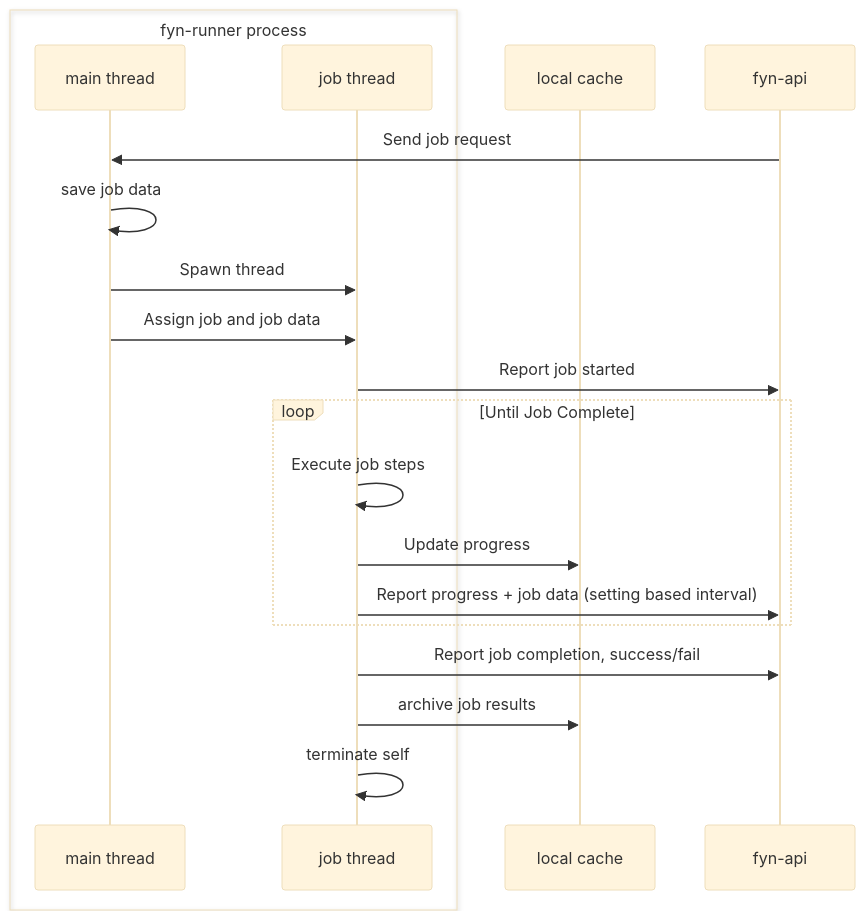
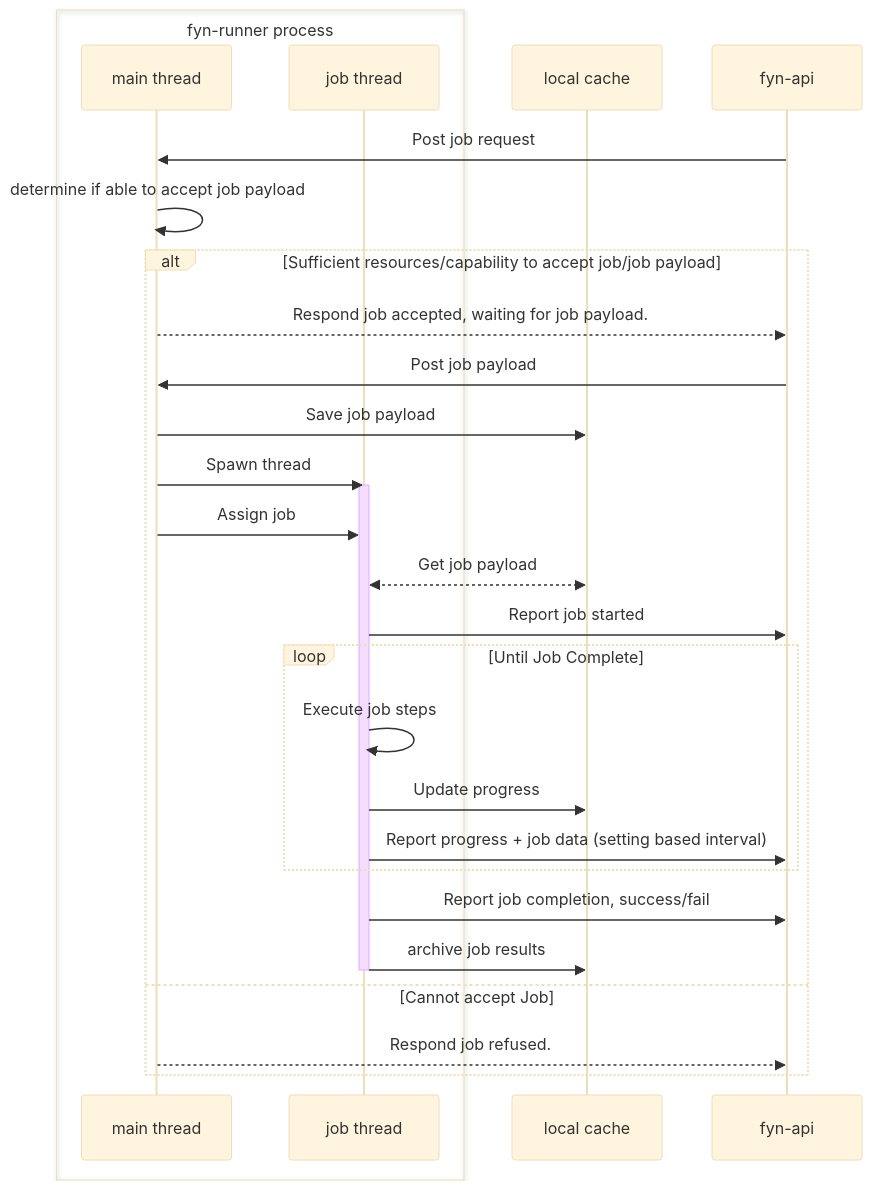
Before and after one commit to fyn-tech/fyn-runner: the fifth of 6 diagrams in docs/runner_events.md, drawn with Mermaid (base theme). The commit also changed other lines of this file, not shown here.

Commit message:
- basic event's mapped out.

````diff
--- a/docs/runner_events.md
+++ b/docs/runner_events.md
@@ -137,23 +139,33 @@
 ```mermaid
 sequenceDiagram
     box fyn-runner process
         participant main thread
         participant job thread
     end
     participant local cache
     participant fyn-api
 
-    fyn-api->>main thread: Send job request
-    main thread->>main thread: save job data
-    main thread->>job thread: Spawn thread
-    main thread->>job thread: Assign job and job data
-    job thread->>fyn-api: Report job started
-    loop Until Job Complete
-        job thread->>job thread: Execute job steps
-        job thread->>local cache: Update progress
-        job thread->>fyn-api: Report progress + job data (setting based interval)
-    end    
-    job thread->>fyn-api: Report job completion, success/fail
-    job thread->>local cache: archive job results
-    job thread->>job thread: terminate self
+    fyn-api->>main thread: Post job request
+    main thread->>main thread: determine if able to accept job payload
+
+    alt Sufficient resources/capability to accept job/job payload
+        main thread-->>fyn-api: Respond job accepted, waiting for job payload.
+        fyn-api->>main thread: Post job payload
+        main thread->>local cache: Save job payload
+        main thread->>job thread: Spawn thread
+        activate job thread
+        main thread->>job thread: Assign job
+        local cache<<-->>job thread: Get job payload
+        job thread->>fyn-api: Report job started
+        loop Until Job Complete
+            job thread->>job thread: Execute job steps
+            job thread->>local cache: Update progress
+            job thread->>fyn-api: Report progress + job data (setting based interval)
+        end    
+        job thread->>fyn-api: Report job completion, success/fail
+        job thread->>local cache: archive job results
+        deactivate job thread
+    else Cannot accept Job
+        main thread-->>fyn-api: Respond job refused.
+    end
 ```
````
